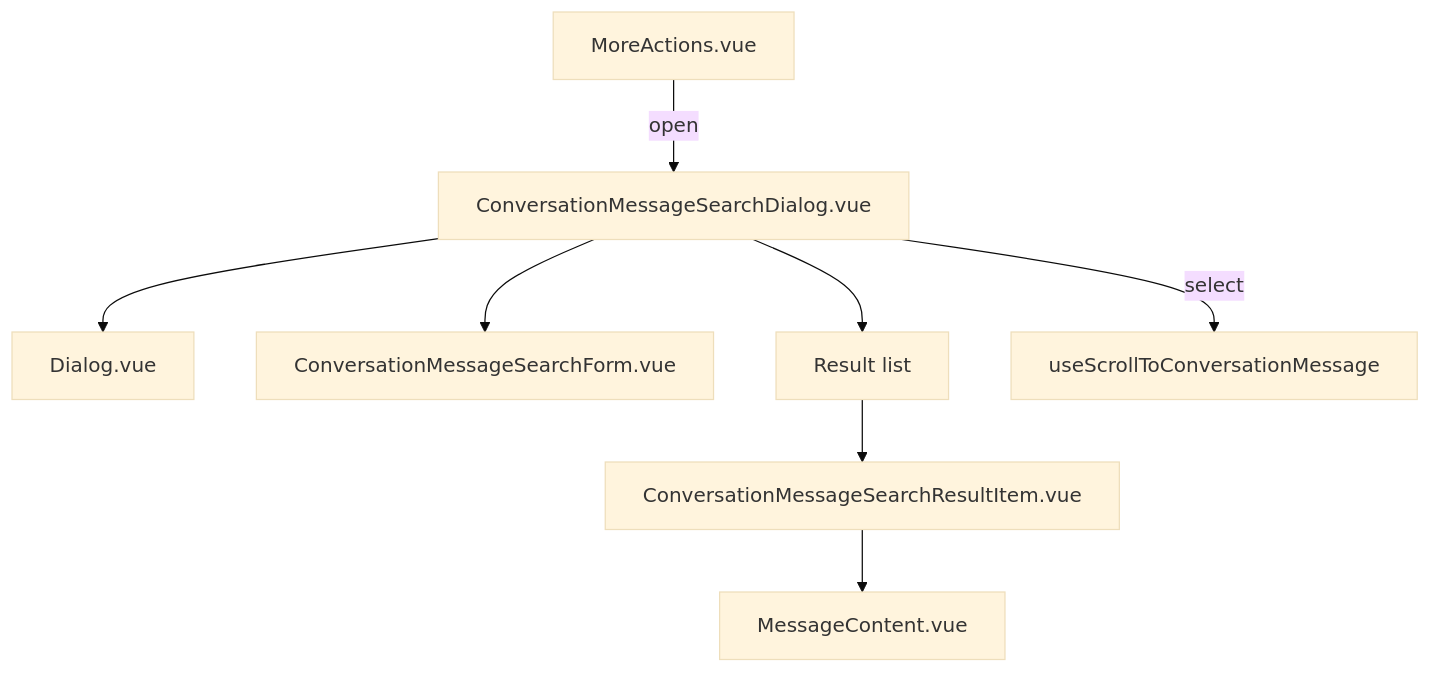
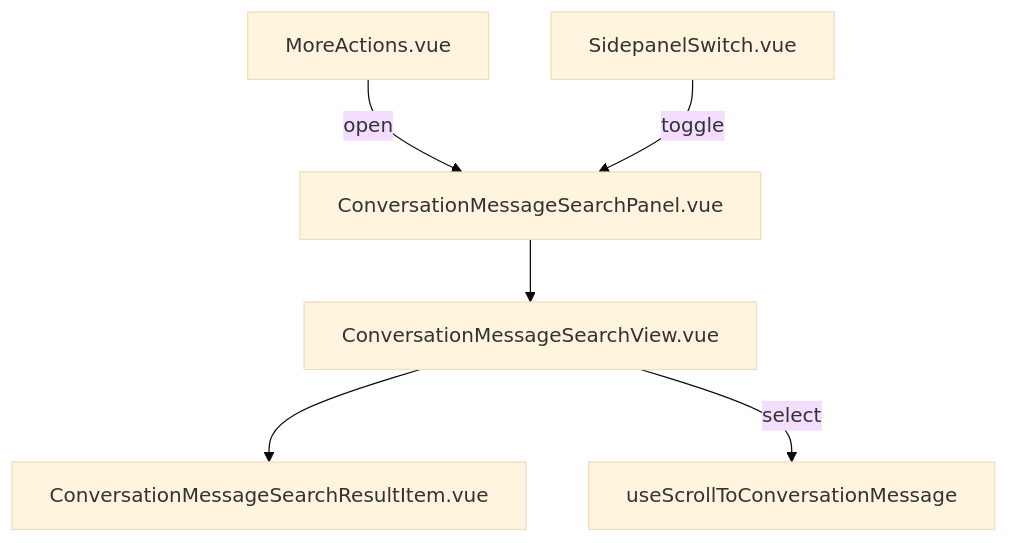
The diagram in doc/feature/conversation-message-search/ui-design.md (cesar-carlos/chatwoot), drawn with Mermaid (base theme) before and after one commit. The commit also changed other lines of this file and 40 other files, not shown here.

First line of the commit message:
feat(fork): in-conversation message search with side panel

````diff
--- a/doc/feature/conversation-message-search/ui-design.md
+++ b/doc/feature/conversation-message-search/ui-design.md
@@ -46,19 +46,15 @@
 ```mermaid
 flowchart TD
   MA[MoreActions.vue]
-  Dlg[ConversationMessageSearchDialog.vue]
-  D[Dialog.vue]
-  Form[ConversationMessageSearchForm.vue]
-  List[Result list]
+  SS[SidepanelSwitch.vue]
+  Panel[ConversationMessageSearchPanel.vue]
+  View[ConversationMessageSearchView.vue]
   Item[ConversationMessageSearchResultItem.vue]
-  MC[MessageContent.vue]
   Scroll[useScrollToConversationMessage]
 
-  MA -->|open| Dlg
-  Dlg --> D
-  Dlg --> Form
-  Dlg --> List
-  List --> Item
-  Item --> MC
-  Dlg -->|select| Scroll
+  MA -->|open| Panel
+  SS -->|toggle| Panel
+  Panel --> View
+  View --> Item
+  View -->|select| Scroll
 ```
````
